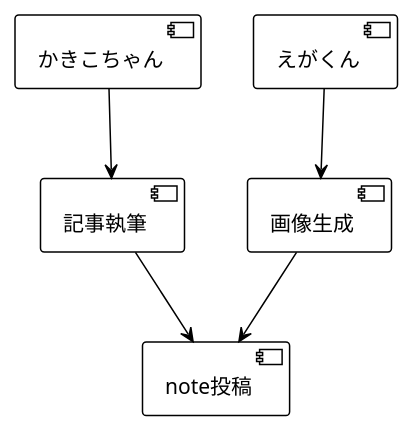
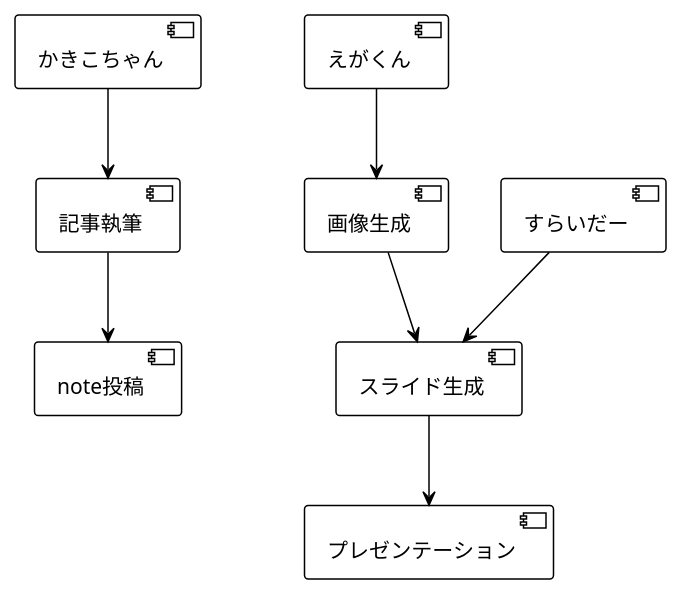
The diagram in .claude/agents/specs/business/imagegen-agent.md (ShunsukeHayashi/miyabi-code), drawn with PlantUML before and after one commit. The commit also changed other lines of this file and 7 other files, not shown here.

````diff
--- a/.claude/agents/specs/business/imagegen-agent.md
+++ b/.claude/agents/specs/business/imagegen-agent.md
@@ -208,12 +368,14 @@
 ```plantuml
 @startuml
 !theme plain
 skinparam backgroundColor white
 
 [かきこちゃん] --> [記事執筆]
 [えがくん] --> [画像生成]
+[すらいだー] --> [スライド生成]
 [記事執筆] --> [note投稿]
-[画像生成] --> [note投稿]
+[画像生成] --> [スライド生成]
+[スライド生成] --> [プレゼンテーション]
 
 @enduml
 ```
````
